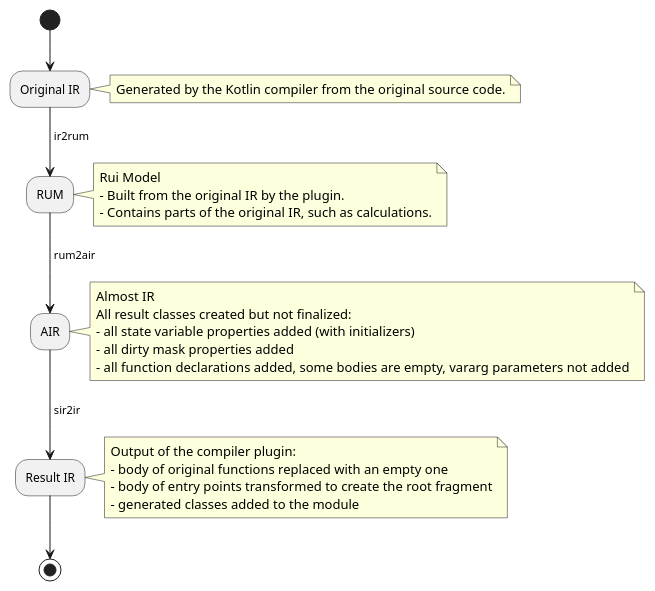
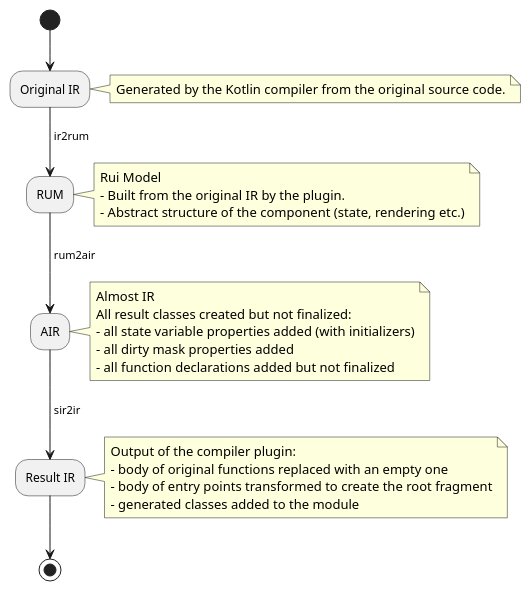
One commit to spxbhuhb/rui changed the diagram in doc/internals/Process.puml. Above: the diagram before and after it, drawn with PlantUML. The commit also changed 84 other files, not shown here.

```diff
--- a/doc/internals/Process.puml
+++ b/doc/internals/Process.puml
@@ -1,26 +1,26 @@
 @startuml
 (*) --> "Original IR"
 note right: Generated by the Kotlin compiler from the original source code.
 --> [ ir2rum] RUM
 note right
 Rui Model
 - Built from the original IR by the plugin.
-- Contains parts of the original IR, such as calculations.
+- Abstract structure of the component (state, rendering etc.)
 end note
 --> [ rum2air] "AIR"
 note right
 Almost IR
 All result classes created but not finalized:
 - all state variable properties added (with initializers)
 - all dirty mask properties added
-- all function declarations added, some bodies are empty, vararg parameters not added
+- all function declarations added but not finalized
 end note
 --> [ sir2ir] "Result IR"
 note right
 Output of the compiler plugin:
 - body of original functions replaced with an empty one
 - body of entry points transformed to create the root fragment
 - generated classes added to the module
 end note
 --> (*)
 @enduml
```
